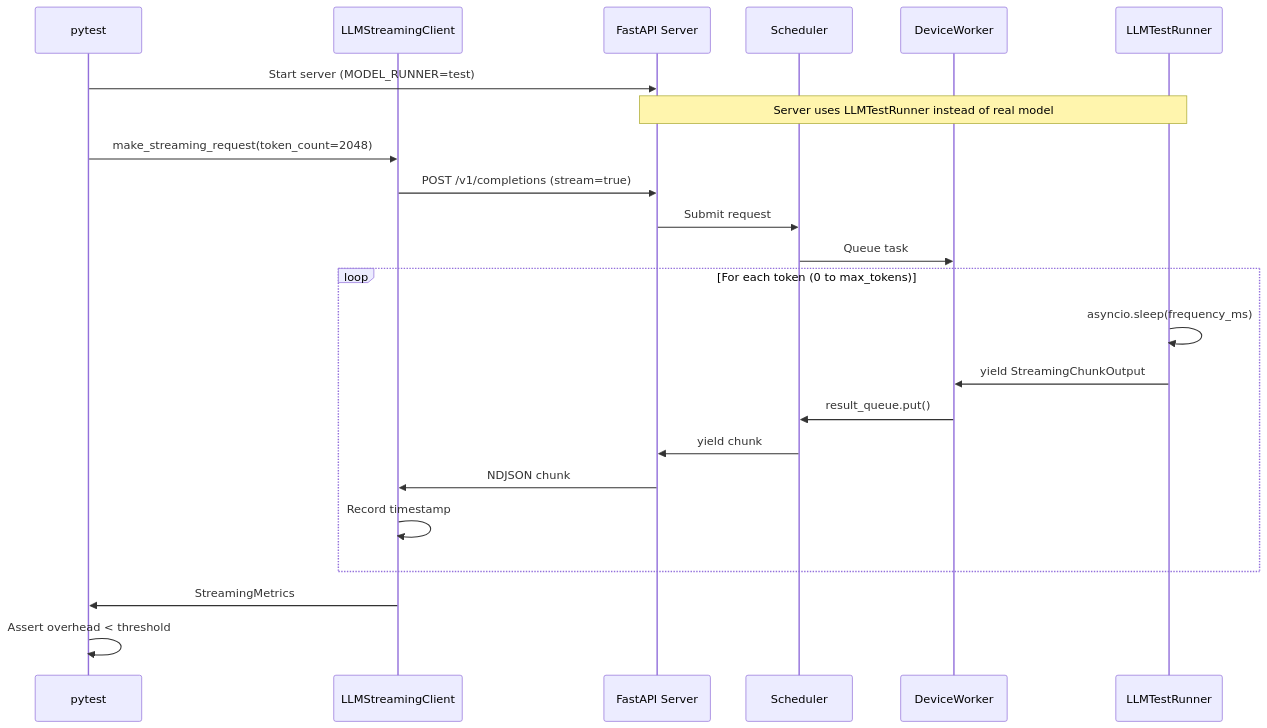
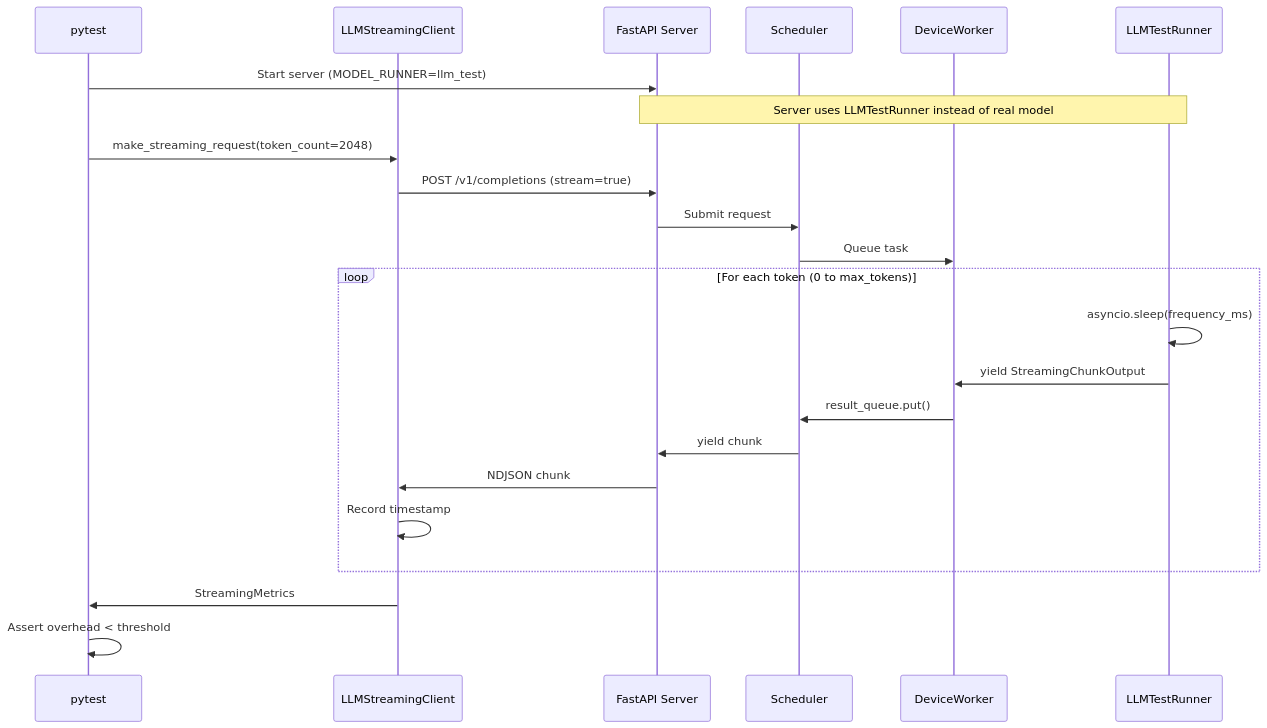
Before and after one commit to tenstorrent/tt-inference-server: the diagram in tt-media-server/performance_tests/README.md, drawn with Mermaid. The commit also changed other lines of this file and 4 other files, not shown here.

````diff
--- a/tt-media-server/performance_tests/README.md
+++ b/tt-media-server/performance_tests/README.md
@@ -7,29 +7,29 @@
 ```mermaid
 sequenceDiagram
     participant Test as pytest
     participant Client as LLMStreamingClient
     participant Server as FastAPI Server
     participant Scheduler as Scheduler
     participant Worker as DeviceWorker
     participant Runner as LLMTestRunner
 
-    Test->>Server: Start server (MODEL_RUNNER=test)
+    Test->>Server: Start server (MODEL_RUNNER=llm_test)
     Note over Server,Runner: Server uses LLMTestRunner instead of real model
 
     Test->>Client: make_streaming_request(token_count=2048)
     Client->>Server: POST /v1/completions (stream=true)
     Server->>Scheduler: Submit request
     Scheduler->>Worker: Queue task
 
     loop For each token (0 to max_tokens)
         Runner->>Runner: asyncio.sleep(frequency_ms)
         Runner->>Worker: yield StreamingChunkOutput
         Worker->>Scheduler: result_queue.put()
         Scheduler->>Server: yield chunk
         Server->>Client: NDJSON chunk
         Client->>Client: Record timestamp
     end
 
     Client->>Test: StreamingMetrics
     Test->>Test: Assert overhead < threshold
 ```
````
